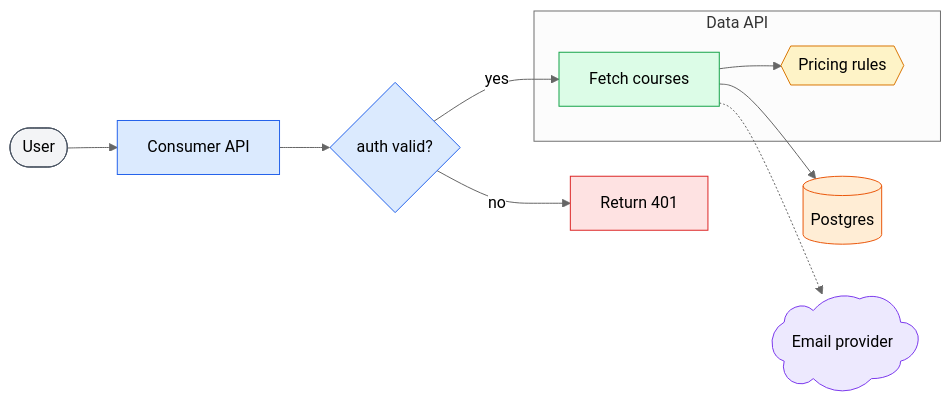
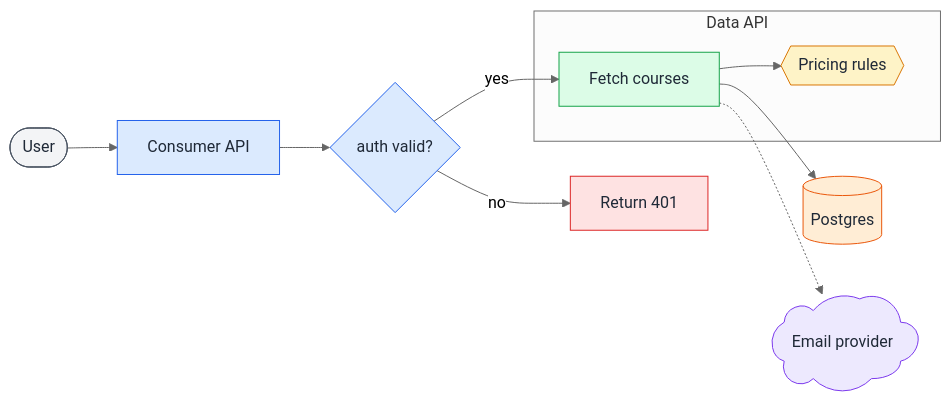
The diagram in superpowers/skills/mermaid/references/flowchart.md (asermax/claude-plugins), drawn with Mermaid (neutral theme) before and after one commit. The commit also changed other lines of this file and 6 other files, not shown here.

First line of the commit message:
feat(superpowers): validate and render mermaid diagrams with pele

````diff
--- a/superpowers/skills/mermaid/references/flowchart.md
+++ b/superpowers/skills/mermaid/references/flowchart.md
@@ -17,38 +17,38 @@
 ```mermaid
 flowchart LR
     User@{ shape: stadium, label: "User" }
     Gateway@{ shape: rect, label: "Consumer API" }
     Auth@{ shape: diam, label: "auth valid?" }
     Reject@{ shape: rect, label: "Return 401" }
     Courses@{ shape: rect, label: "Fetch courses" }
     Rules@{ shape: hex, label: "Pricing rules" }
     DB@{ shape: cyl, label: "Postgres" }
     Mail@{ shape: cloud, label: "Email provider" }
 
     User --> Gateway --> Auth
     Auth -->|no| Reject
     Auth -->|yes| Courses
 
     subgraph data["Data API"]
         Courses --> Rules
     end
 
     Courses --> DB
     Courses -.-> Mail
 
-    classDef grey fill:#f3f4f6,stroke:#4b5563
-    classDef blue fill:#dbeafe,stroke:#2563eb
-    classDef green fill:#dcfce7,stroke:#16a34a
-    classDef amber fill:#fef3c7,stroke:#d97706
-    classDef orange fill:#ffedd5,stroke:#ea580c
-    classDef violet fill:#ede9fe,stroke:#7c3aed
-    classDef red fill:#fee2e2,stroke:#dc2626
+    classDef grey fill:#f3f4f6,stroke:#4b5563,color:#1f2937
+    classDef blue fill:#dbeafe,stroke:#2563eb,color:#1f2937
+    classDef green fill:#dcfce7,stroke:#16a34a,color:#1f2937
+    classDef amber fill:#fef3c7,stroke:#d97706,color:#1f2937
+    classDef orange fill:#ffedd5,stroke:#ea580c,color:#1f2937
+    classDef violet fill:#ede9fe,stroke:#7c3aed,color:#1f2937
+    classDef red fill:#fee2e2,stroke:#dc2626,color:#1f2937
 
     class User grey
     class Gateway,Auth blue
     class Courses green
     class Rules amber
     class DB orange
     class Mail violet
     class Reject red
 ```
````
